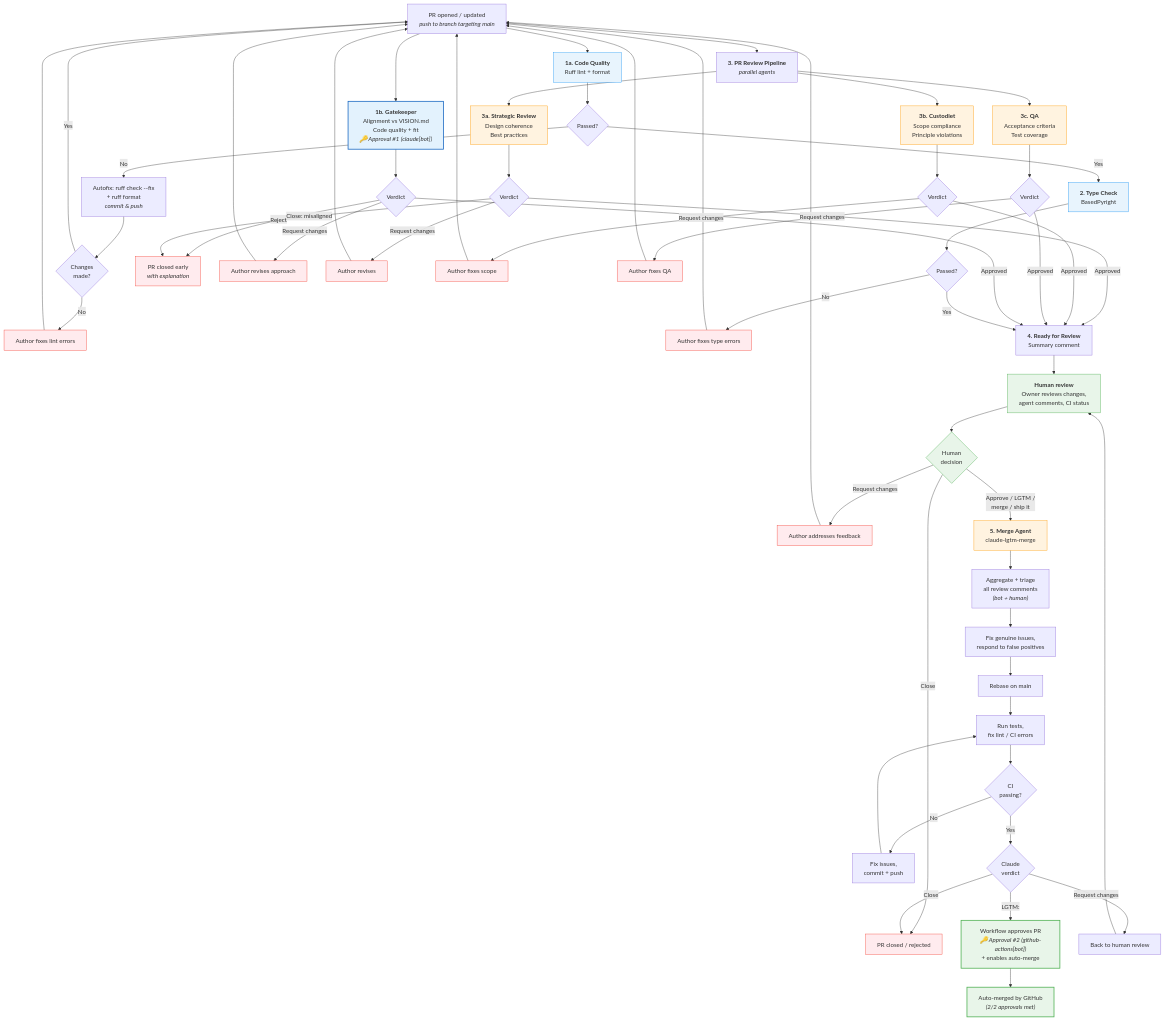
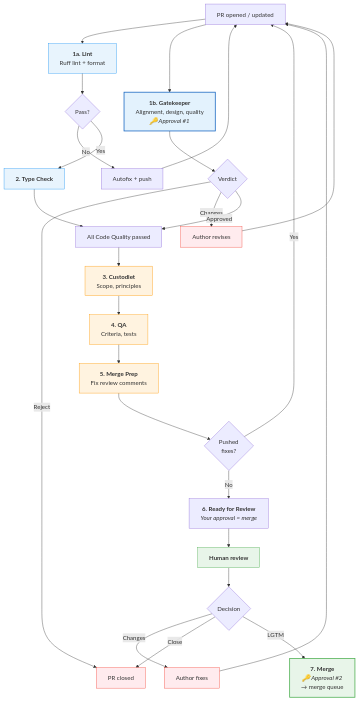
Before and after one commit to nicsuzor/academicOps: the diagram in specs/pr-process.md, drawn with Mermaid. The commit also changed other lines of this file and 11 other files, not shown here.

First line of the commit message:
refactor(ci): sequential PR pipeline with merge-prep agent

````diff
--- a/specs/pr-process.md
+++ b/specs/pr-process.md
@@ -34,82 +63,39 @@
 ```mermaid
 flowchart TD
-    PR["PR opened / updated<br/><i>push to branch targeting main</i>"]
+    PR["PR opened / updated"]
 
-    %% ── code-quality.yml: Lint + Gatekeeper in parallel, then Type Check ──
-    PR --> Lint["<b>1a. Code Quality</b><br/>Ruff lint + format"]
-    PR --> Gatekeeper["<b>1b. Gatekeeper</b><br/>Alignment vs VISION.md<br/>Code quality + fit<br/><i>🔑 Approval #1 (claude[bot])</i>"]
+    %% ── Code Quality ──
+    PR --> Lint["<b>1a. Lint</b><br/>Ruff lint + format"]
+    PR --> GK["<b>1b. Gatekeeper</b><br/>Alignment, design, quality<br/><i>🔑 Approval #1</i>"]
 
-    Lint --> LintPass{Passed?}
-    LintPass -- No --> AutoFix["Autofix: ruff check --fix<br/>+ ruff format<br/><i>commit & push</i>"]
-    AutoFix --> AutoFixOk{Changes<br/>made?}
-    AutoFixOk -- Yes --> PR
-    AutoFixOk -- No --> FixLint["Author fixes lint errors"]
-    FixLint --> PR
-    LintPass -- Yes --> TypeCk
+    Lint --> LintOK{Pass?}
+    LintOK -- No --> AutoFix["Autofix + push"]
+    AutoFix --> PR
+    LintOK -- Yes --> TypeCk["<b>2. Type Check</b>"]
 
-    TypeCk["<b>2. Type Check</b><br/>BasedPyright"] --> TypePass{Passed?}
-    TypePass -- No --> FixType["Author fixes type errors"]
-    FixType --> PR
-
-    Gatekeeper --> GKPass{Verdict}
-    GKPass -- "Reject" --> EarlyReject["PR closed early<br/><i>with explanation</i>"]
-    GKPass -- "Request changes" --> FixGK["Author revises approach"]
+    GK --> GKV{Verdict}
+    GKV -- Reject --> Close["PR closed"]
+    GKV -- Changes --> FixGK["Author revises"]
     FixGK --> PR
 
-    %% ── pr-review-pipeline.yml: 3 agents run in PARALLEL ──
-    PR --> ReviewParallel["<b>3. PR Review Pipeline</b><br/><i>parallel agents</i>"]
+    %% ── Review Pipeline (only if Code Quality passes) ──
+    TypeCk --> AllPass
+    GKV -- Approved --> AllPass["All Code Quality passed"]
 
-    ReviewParallel --> Strategic["<b>3a. Strategic Review</b><br/>Design coherence<br/>Best practices"]
-    ReviewParallel --> Custodiet["<b>3b. Custodiet</b><br/>Scope compliance<br/>Principle violations"]
-    ReviewParallel --> QA["<b>3c. QA</b><br/>Acceptance criteria<br/>Test coverage"]
+    AllPass --> Cust["<b>3. Custodiet</b><br/>Scope, principles"]
+    Cust --> QA["<b>4. QA</b><br/>Criteria, tests"]
+    QA --> MP["<b>5. Merge Prep</b><br/>Fix review comments"]
 
-    Strategic --> StratPass{Verdict}
-    StratPass -- "Close: misaligned" --> EarlyReject
-    StratPass -- "Request changes" --> FixStrat["Author revises"]
-    FixStrat --> PR
+    MP --> MPPush{Pushed<br/>fixes?}
+    MPPush -- Yes --> PR
+    MPPush -- No --> Notify["<b>6. Ready for Review</b><br/><i>Your approval = merge</i>"]
 
-    Custodiet --> CustPass{Verdict}
-    CustPass -- "Request changes" --> FixScope["Author fixes scope"]
-    FixScope --> PR
-
-    QA --> QAPass{Verdict}
-    QAPass -- "Request changes" --> FixQA["Author fixes QA"]
-    FixQA --> PR
-
-    %% ── Ready for Review ──
-    StratPass -- Approved --> Notify
-    CustPass -- Approved --> Notify
-    QAPass -- Approved --> Notify
-    GKPass -- Approved --> Notify
-    TypePass -- Yes --> Notify
-
-    Notify["<b>4. Ready for Review</b><br/>Summary comment"]
-
-    Notify --> HumanReview["<b>Human review</b><br/>Owner reviews changes,<br/>agent comments, CI status"]
-
-    HumanReview --> Decision{Human<br/>decision}
-    Decision -- "Request changes" --> AuthorFix["Author addresses feedback"]
+    Notify --> Human["<b>Human review</b>"]
+    Human --> HV{Decision}
+    HV -- Changes --> AuthorFix["Author fixes"]
     AuthorFix --> PR
-    Decision -- "Close" --> Rejected["PR closed / rejected"]
-    Decision -- "Approve / LGTM /<br/>merge / ship it" --> MergeAgent
-
-    %% ── Merge Preparation ──
-    MergeAgent["<b>5. Merge Agent</b><br/>claude-lgtm-merge"]
-
-    MergeAgent --> AggComments["Aggregate + triage<br/>all review comments<br/><i>(bot + human)</i>"]
-    AggComments --> FixAll["Fix genuine issues,<br/>respond to false positives"]
-    FixAll --> Rebase["Rebase on main"]
-    Rebase --> RunTests["Run tests,<br/>fix lint / CI errors"]
-    RunTests --> TestPass{CI<br/>passing?}
-    TestPass -- No --> FixCI["Fix issues,<br/>commit + push"]
-    FixCI --> RunTests
-    TestPass -- Yes --> Verdict{Claude<br/>verdict}
-    Verdict -- "LGTM:" --> AutoApprove["Workflow approves PR<br/><i>🔑 Approval #2 (github-actions[bot])</i><br/>+ enables auto-merge"]
-    Verdict -- "Request changes" --> BackToAuthor["Back to human review"]
-    BackToAuthor --> HumanReview
-    Verdict -- "Close" --> Rejected
-
-    AutoApprove --> Merged["Auto-merged by GitHub<br/><i>(2/2 approvals met)</i>"]
+    HV -- Close --> Close
+    HV -- "LGTM" --> Merge["<b>7. Merge</b><br/><i>🔑 Approval #2</i><br/>→ merge queue"]
 
     %% ── Styling ──
     classDef gate fill:#e8f4fd,stroke:#2196f3
@@ -120,9 +106,9 @@
     classDef success fill:#e8f5e9,stroke:#4caf50,stroke-width:2px
 
     class Lint,TypeCk gate
-    class Custodiet,QA,MergeAgent,Strategic agent
-    class Gatekeeper gatekeeper
-    class HumanReview,Decision human
-    class Rejected,EarlyReject,FixLint,FixType,FixGK,FixStrat,FixScope,FixQA,AuthorFix fail
-    class Merged,AutoApprove success
+    class Cust,QA,MP agent
+    class GK gatekeeper
+    class Human human
+    class Close,FixGK,AuthorFix fail
+    class Merge success
 ```
````
